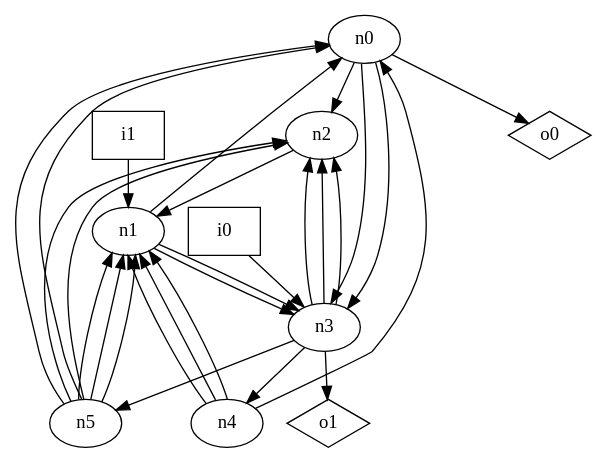
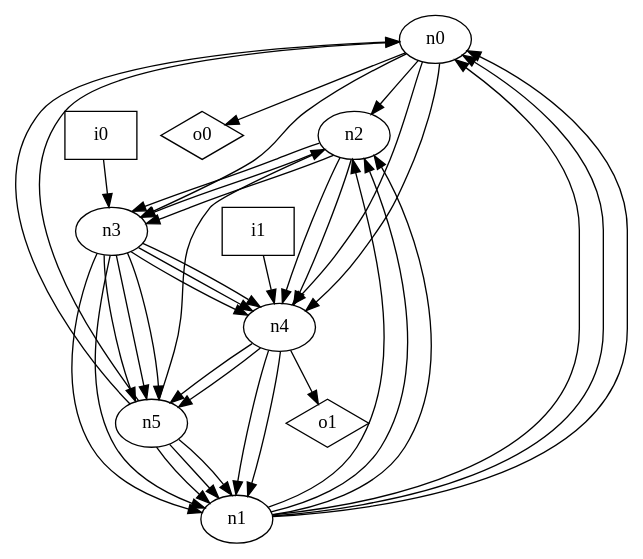
One commit to p9romain/bool-circuits changed the diagram in dot_files/random/random_oriented_loop_free_graph.dot. Above: the diagram before and after it, drawn with Graphviz. The commit also changed 30 other files, not shown here.

```diff
--- a/dot_files/random/random_oriented_loop_free_graph.dot
+++ b/dot_files/random/random_oriented_loop_free_graph.dot
@@ -1,39 +1,49 @@
 digraph G {
 n0 [label="n0"];
 n1 [label="n1"];
 n2 [label="n2"];
 n3 [label="n3"];
 n4 [label="n4"];
 n5 [label="n5"];
 n6 [label="i0",shape="box"];
 n7 [label="i1",shape="box"];
 n8 [label="o0",shape="diamond"];
 n9 [label="o1",shape="diamond"];
 n0 -> n2
 n0 -> n3
-n0 -> n3
+n0 -> n4
+n0 -> n4
 n0 -> n8
 n1 -> n0
-n1 -> n3
-n1 -> n3
-n2 -> n1
-n3 -> n2
-n3 -> n2
-n3 -> n2
+n1 -> n0
+n1 -> n0
+n1 -> n2
+n1 -> n2
+n1 -> n2
+n2 -> n3
+n2 -> n3
+n2 -> n3
+n2 -> n4
+n2 -> n4
+n3 -> n1
+n3 -> n1
+n3 -> n4
+n3 -> n4
 n3 -> n4
 n3 -> n5
-n3 -> n9
-n4 -> n0
+n3 -> n5
+n3 -> n5
 n4 -> n1
 n4 -> n1
-n4 -> n1
+n4 -> n5
+n4 -> n5
+n4 -> n9
 n5 -> n0
 n5 -> n0
 n5 -> n1
 n5 -> n1
 n5 -> n1
 n5 -> n2
-n5 -> n2
 n6 -> n3
-n7 -> n1
+n7 -> n4
 }
```
